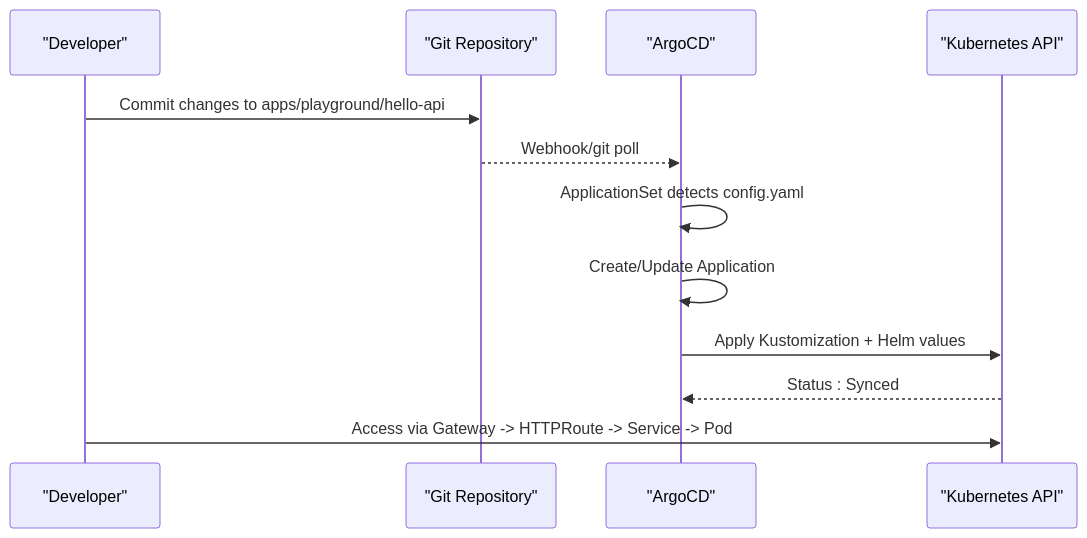
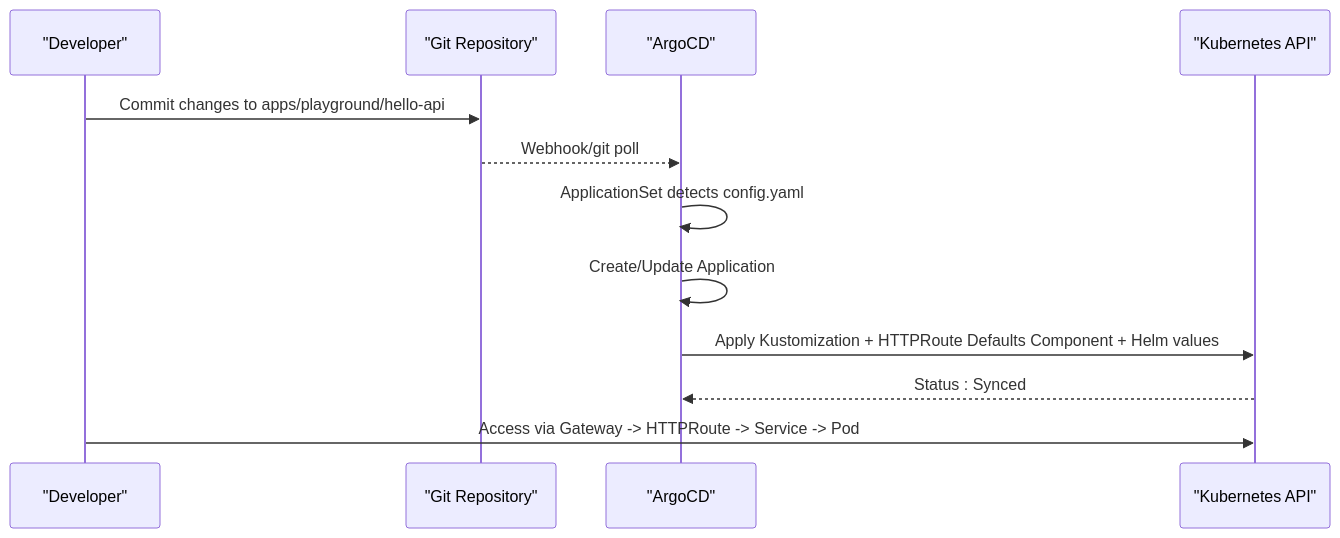
The second of 5 diagrams in .qoder/repowiki/en/content/Playground Applications/Demo Applications.md (Hoangvu75/k8s_manifest), drawn with Mermaid before and after one commit. The commit also changed other lines of this file and 5 other files, not shown here.

````diff
--- a/.qoder/repowiki/en/content/Playground Applications/Demo Applications.md
+++ b/.qoder/repowiki/en/content/Playground Applications/Demo Applications.md
@@ -98,14 +113,14 @@
 ```mermaid
 sequenceDiagram
 participant Dev as "Developer"
 participant Repo as "Git Repository"
 participant ArgoCD as "ArgoCD"
 participant K8s as "Kubernetes API"
 Dev->>Repo : Commit changes to apps/playground/hello-api
 Repo-->>ArgoCD : Webhook/git poll
 ArgoCD->>ArgoCD : ApplicationSet detects config.yaml
 ArgoCD->>ArgoCD : Create/Update Application
-ArgoCD->>K8s : Apply Kustomization + Helm values
+ArgoCD->>K8s : Apply Kustomization + HTTPRoute Defaults Component + Helm values
 K8s-->>ArgoCD : Status : Synced
 Dev->>K8s : Access via Gateway -> HTTPRoute -> Service -> Pod
 ```
````
